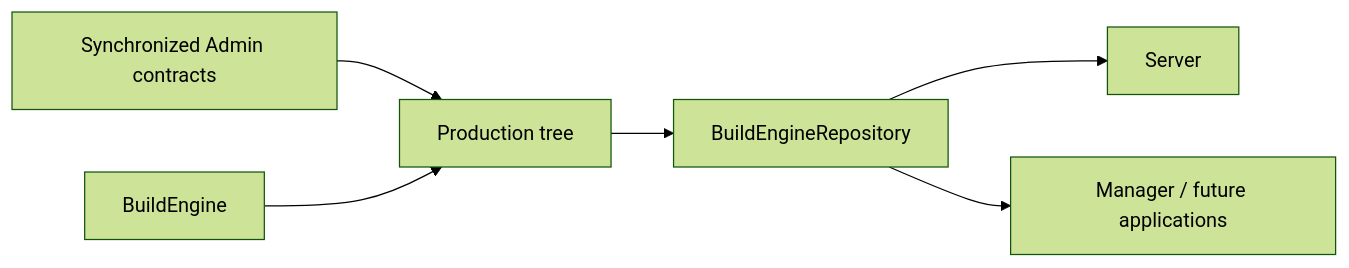
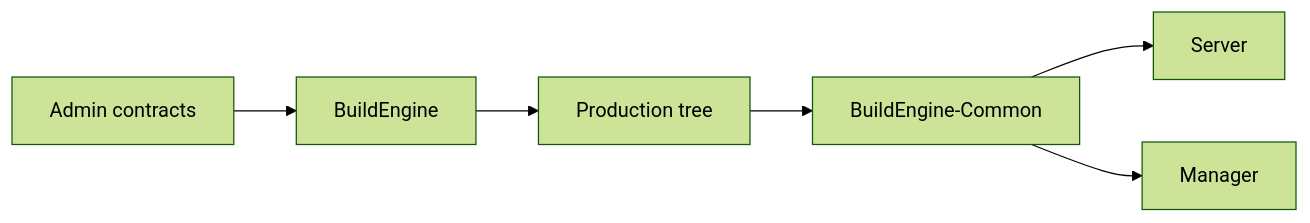
One commit to adeccscholar/BuildEngine-Admin changed the second of 4 diagrams in admin/server-docs/server.md. Above: the diagram before and after it, drawn with Mermaid (forest theme). The commit also changed other lines of this file, not shown here.

Commit message:
Document current Server/Common gaps explicitly

````diff
--- a/admin/server-docs/server.md
+++ b/admin/server-docs/server.md
@@ -49,8 +42,8 @@
 ```mermaid
 flowchart LR
-    A[Synchronized Admin contracts] --> P[Production tree]
-    B[BuildEngine] --> P
-    P --> R[BuildEngineRepository]
-    R --> S[Server]
-    R --> M[Manager / future applications]
+    A[Admin contracts] --> BE[BuildEngine]
+    BE --> P[Production tree]
+    P --> C[BuildEngine-Common]
+    C --> S[Server]
+    C --> M[Manager]
 ```
````
